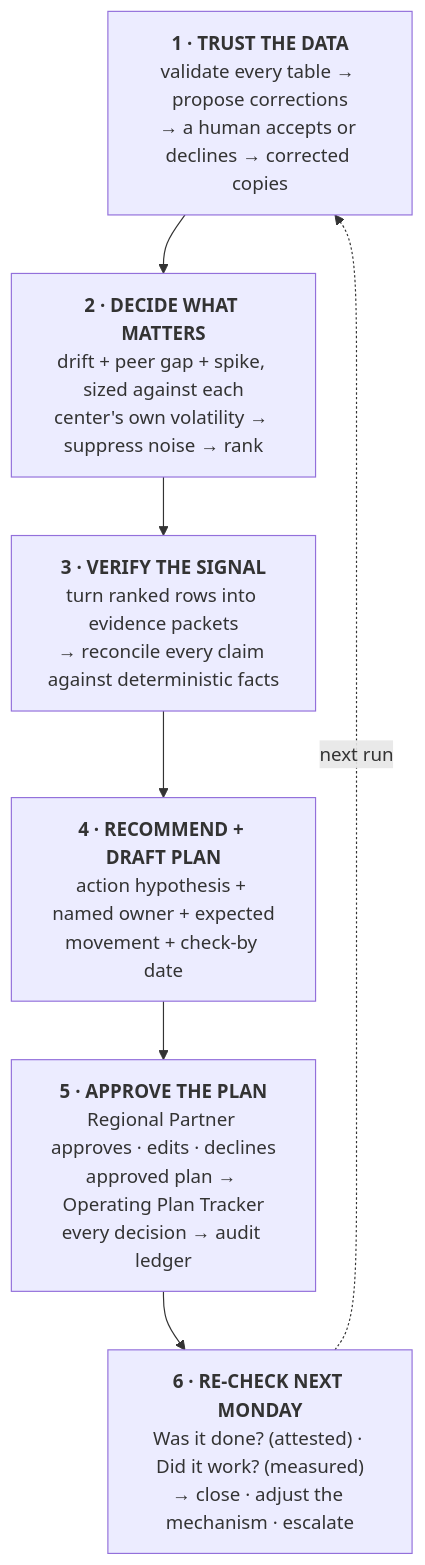
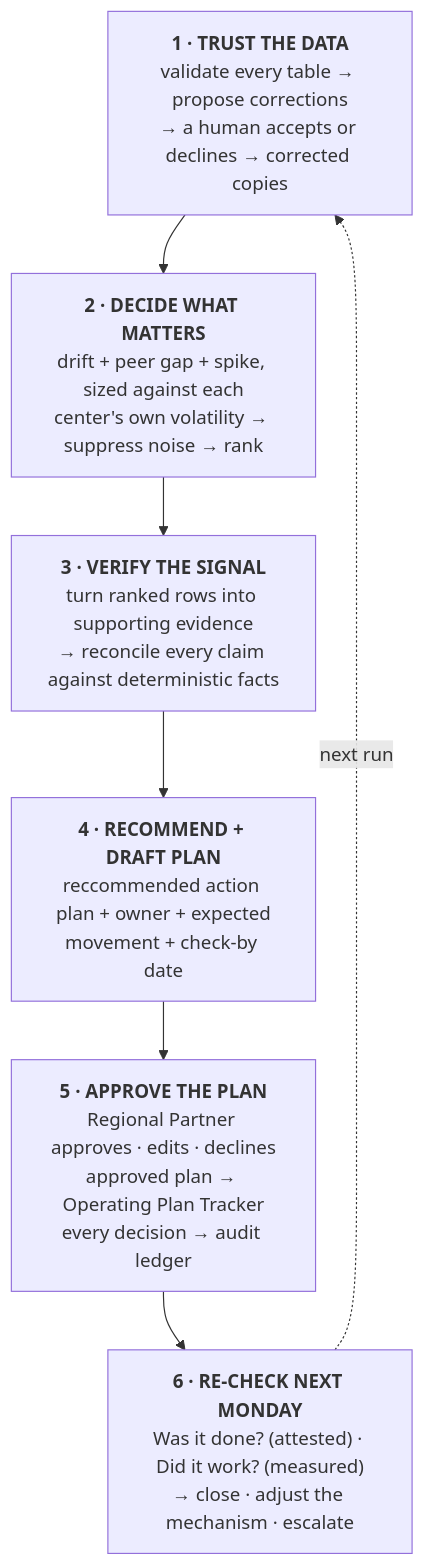
The diagram in README.md (ravejedii/petfolk-case-submission), drawn with Mermaid before and after one commit. The commit also changed other lines of this file, not shown here.

Commit message:
latest readme

````diff
--- a/README.md
+++ b/README.md
@@ -91,11 +91,11 @@
 ```mermaid
 flowchart TD
     A["<b>1 · TRUST THE DATA</b><br/>validate every table → propose corrections<br/>→ a human accepts or declines → corrected copies"]
     B["<b>2 · DECIDE WHAT MATTERS</b><br/>drift + peer gap + spike, sized against each<br/>center's own volatility → suppress noise → rank"]
-    C["<b>3 · VERIFY THE SIGNAL</b><br/>turn ranked rows into evidence packets<br/>→ reconcile every claim against deterministic facts"]
-    D["<b>4 · RECOMMEND + DRAFT PLAN</b><br/>action hypothesis + named owner + expected<br/>movement + check-by date"]
+    C["<b>3 · VERIFY THE SIGNAL</b><br/>turn ranked rows into supporting evidence<br/>→ reconcile every claim against deterministic facts"]
+    D["<b>4 · RECOMMEND + DRAFT PLAN</b><br/>reccommended action plan + owner + expected<br/>movement + check-by date"]
     E["<b>5 · APPROVE THE PLAN</b><br/>Regional Partner approves · edits · declines<br/>approved plan → Operating Plan Tracker<br/>every decision → audit ledger"]
     F["<b>6 · RE-CHECK NEXT MONDAY</b><br/>Was it done? (attested) · Did it work? (measured)<br/>→ close · adjust the mechanism · escalate"]
     A --> B --> C --> D --> E --> F
     F -. "next run" .-> A
 ```
````
